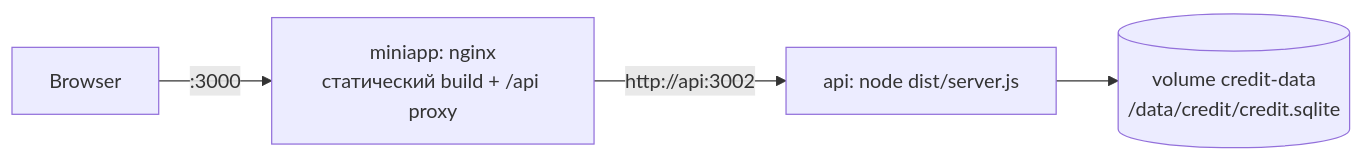
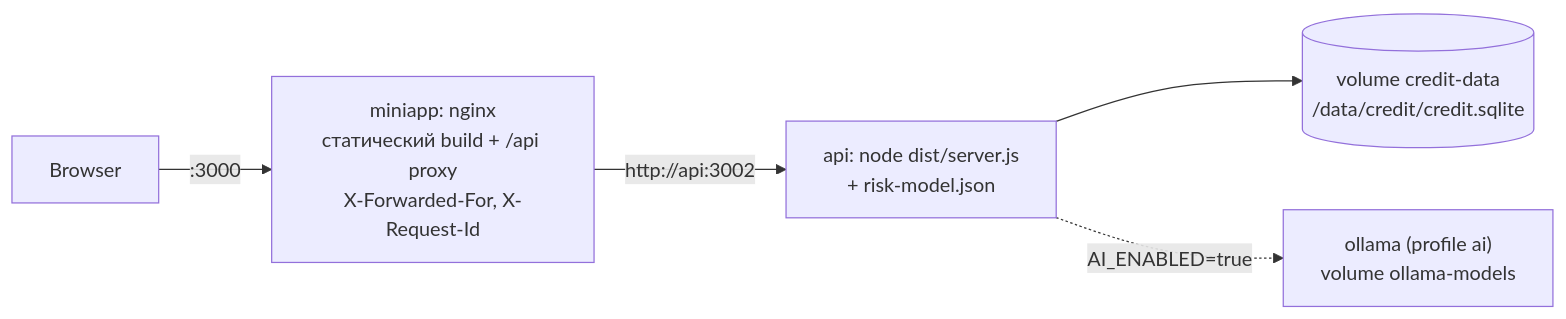
Before and after one commit to Deniskish/ALPHA_HACKATHON: the third of 3 diagrams in docs/architecture.md, drawn with Mermaid. The commit also changed other lines of this file and 104 other files, not shown here.

````diff
--- a/docs/architecture.md
+++ b/docs/architecture.md
@@ -100,6 +120,7 @@
 ```mermaid
 flowchart LR
-  Browser -- ":3000" --> Nginx["miniapp: nginx<br/>статический build + /api proxy"]
-  Nginx -- "http://api:3002" --> API["api: node dist/server.js"]
+  Browser -- ":3000" --> Nginx["miniapp: nginx<br/>статический build + /api proxy<br/>X-Forwarded-For, X-Request-Id"]
+  Nginx -- "http://api:3002" --> API["api: node dist/server.js<br/>+ risk-model.json"]
   API --> Vol[("volume credit-data<br/>/data/credit/credit.sqlite")]
+  API -. "AI_ENABLED=true" .-> Ollama["ollama (profile ai)<br/>volume ollama-models"]
 ```
````
